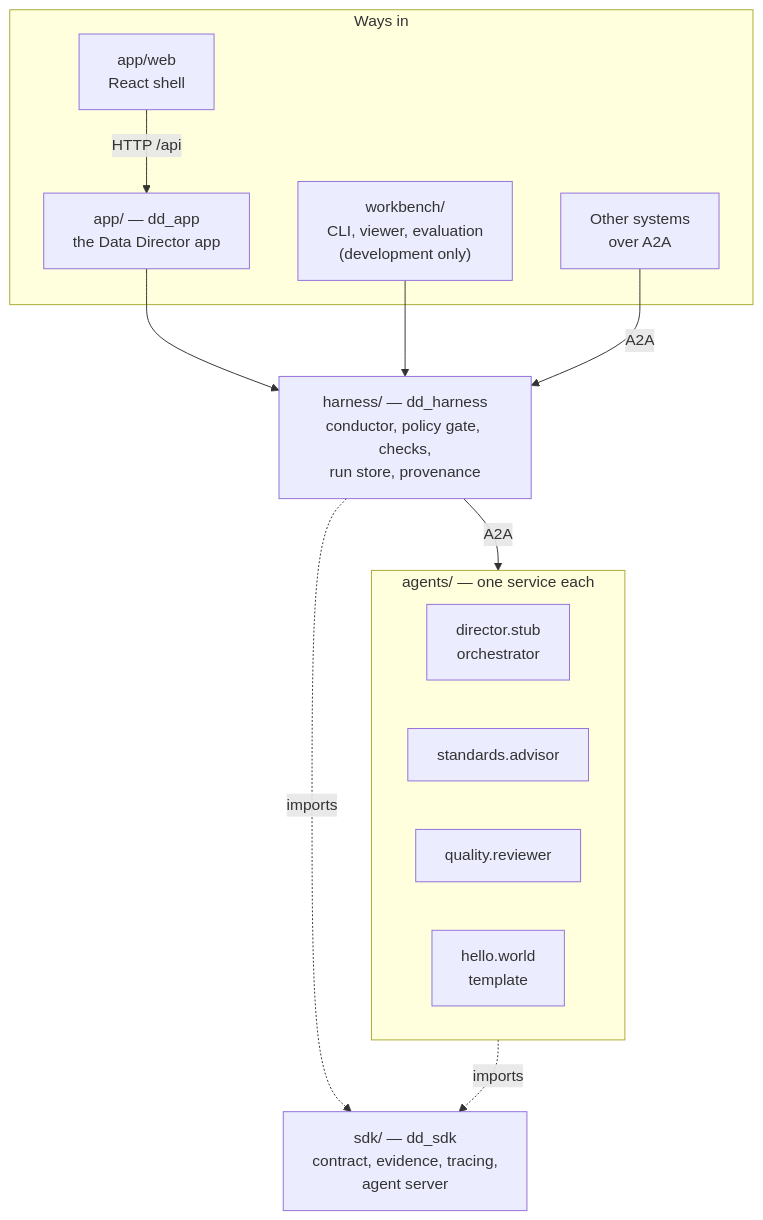
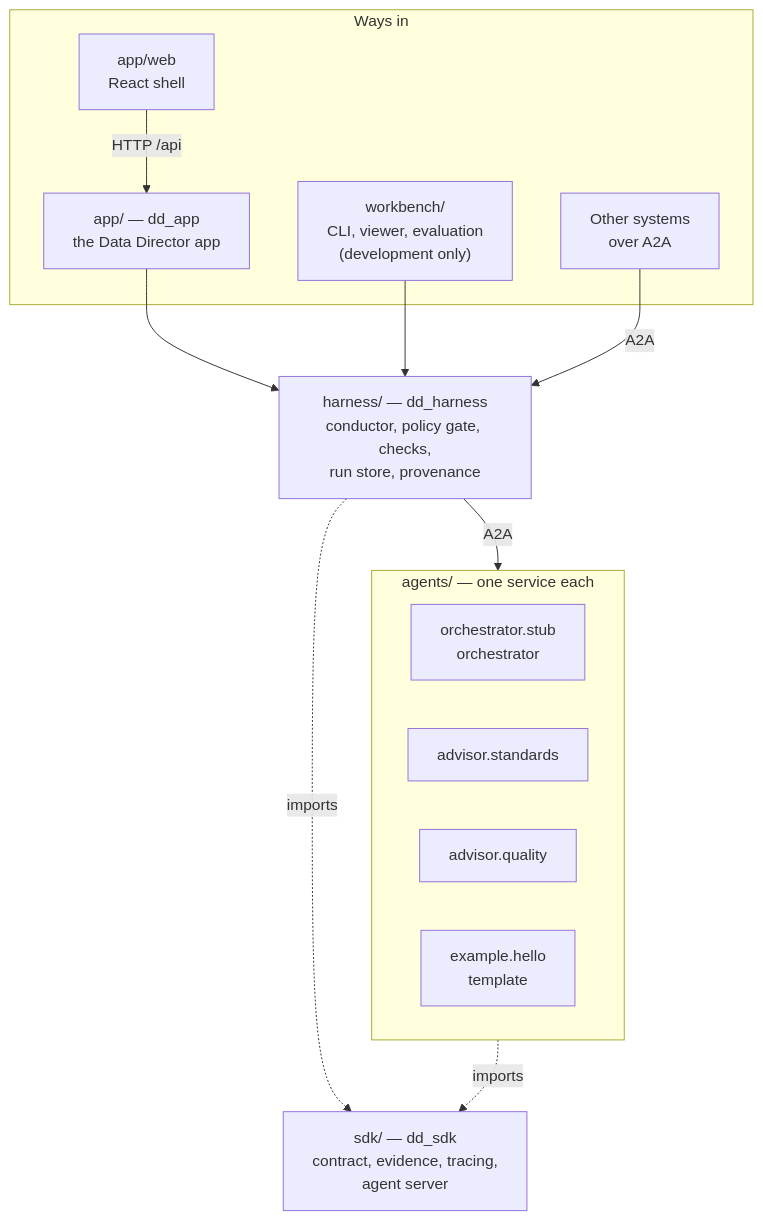
One commit to data-director-agent/data-director changed the second of 5 diagrams in docs/architecture.md. Above: the diagram before and after it, drawn with Mermaid. The commit also changed other lines of this file and 335 other files, not shown here.

First line of the commit message:
refactor(agents): group agent ids as orchestrator, advisor and example (#336)

````diff
--- a/docs/architecture.md
+++ b/docs/architecture.md
@@ -59,28 +59,28 @@
 ```mermaid
 flowchart TB
     subgraph ways_in["Ways in"]
         web["app/web<br/>React shell"]
         app["app/ — dd_app<br/>the Data Director app"]
         workbench["workbench/<br/>CLI, viewer, evaluation<br/>(development only)"]
         a2a_callers["Other systems<br/>over A2A"]
     end
 
     harness["harness/ — dd_harness<br/>conductor, policy gate, checks,<br/>run store, provenance"]
 
     subgraph agent_services["agents/ — one service each"]
-        director["director.stub<br/>orchestrator"]
-        standards["standards.advisor"]
-        quality["quality.reviewer"]
-        hello["hello.world<br/>template"]
+        director["orchestrator.stub<br/>orchestrator"]
+        standards["advisor.standards"]
+        quality["advisor.quality"]
+        hello["example.hello<br/>template"]
     end
 
     sdk["sdk/ — dd_sdk<br/>contract, evidence, tracing,<br/>agent server"]
 
     web -- "HTTP /api" --> app
     app --> harness
     workbench --> harness
     a2a_callers -- "A2A" --> harness
     harness -- "A2A" --> agent_services
     harness -. "imports" .-> sdk
     agent_services -. "imports" .-> sdk
 ```
````
